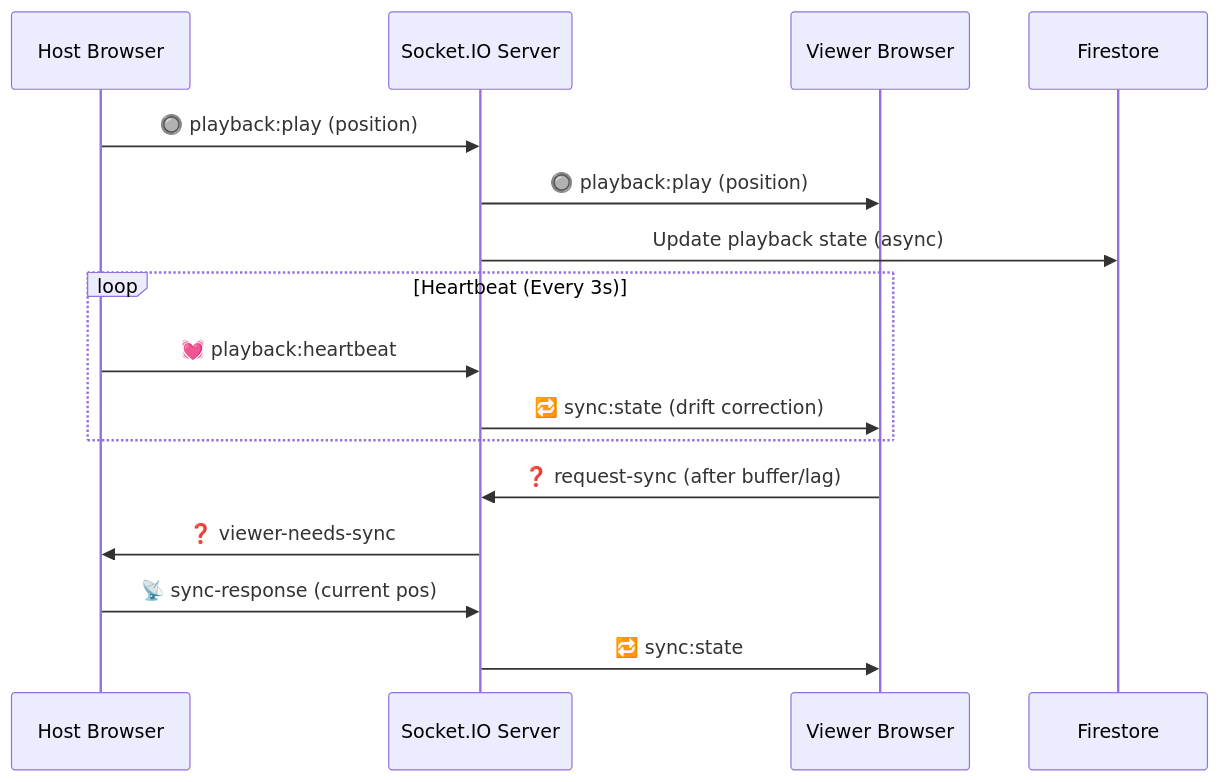
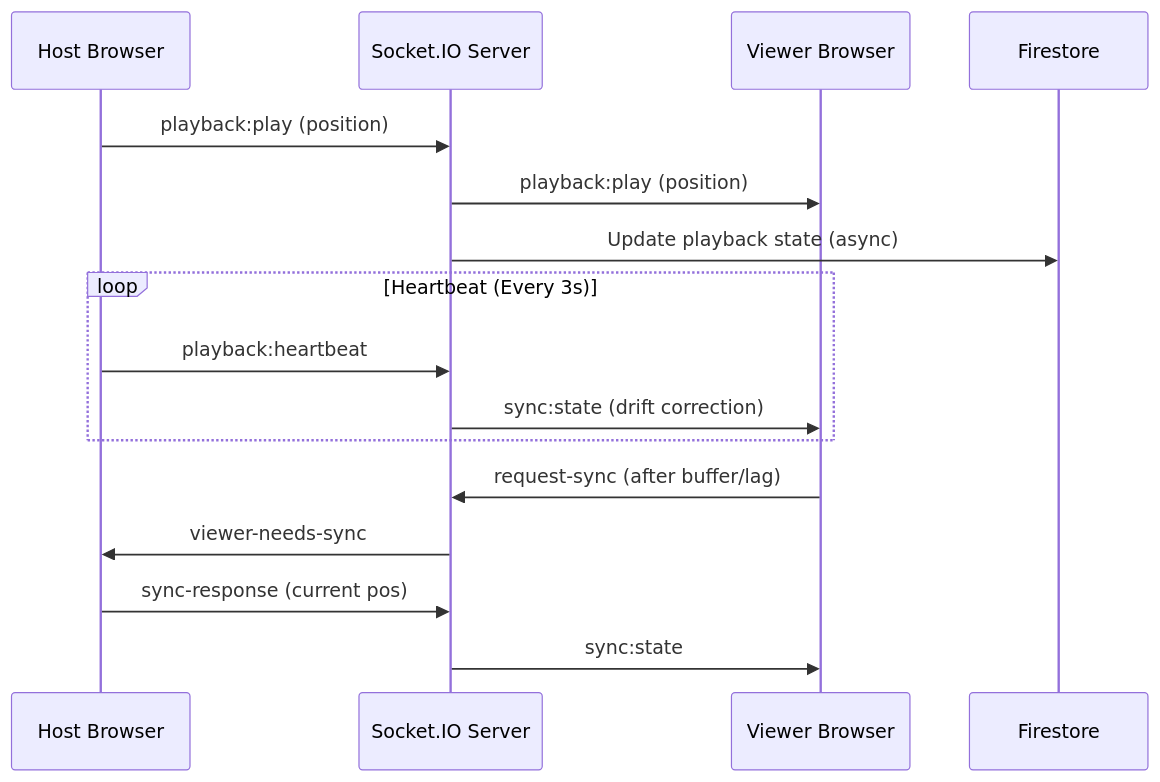
Before and after one commit to kiiro-tenshi/umami-watch: the second of 2 diagrams in README.md, drawn with Mermaid. The commit also changed other lines of this file and 1 other file, not shown here.

````diff
--- a/README.md
+++ b/README.md
@@ -43,21 +51,21 @@
 ```mermaid
 sequenceDiagram
     participant H as Host Browser
     participant S as Socket.IO Server
     participant V as Viewer Browser
     participant F as Firestore
 
-    H->>S: 🔘 playback:play (position)
-    S->>V: 🔘 playback:play (position)
+    H->>S: playback:play (position)
+    S->>V: playback:play (position)
     S->>F: Update playback state (async)
-    
+
     loop Heartbeat (Every 3s)
-        H->>S: 💓 playback:heartbeat
-        S->>V: 🔁 sync:state (drift correction)
+        H->>S: playback:heartbeat
+        S->>V: sync:state (drift correction)
     end
-    
-    V->>S: ❓ request-sync (after buffer/lag)
-    S->>H: ❓ viewer-needs-sync
-    H->>S: 📡 sync-response (current pos)
-    S->>V: 🔁 sync:state
+
+    V->>S: request-sync (after buffer/lag)
+    S->>H: viewer-needs-sync
+    H->>S: sync-response (current pos)
+    S->>V: sync:state
 ```
````
